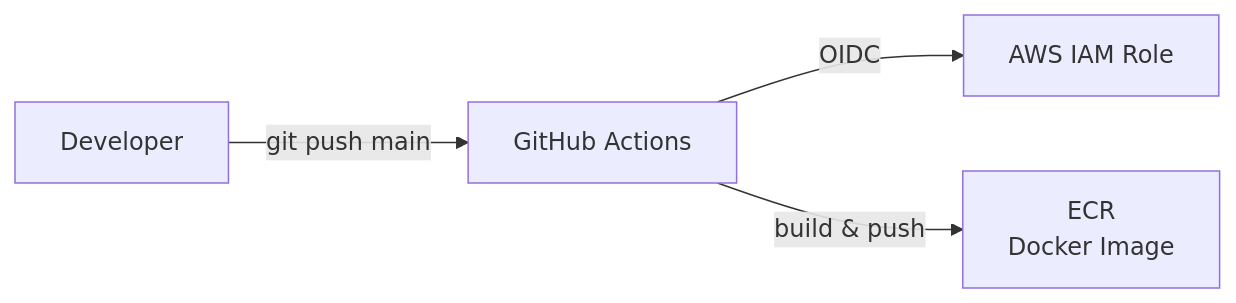
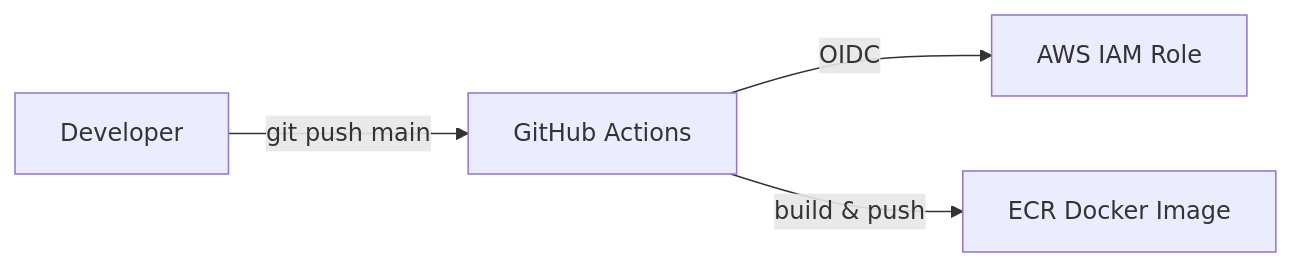
The second of 3 diagrams in README.md (junjun491/otayori_app), drawn with Mermaid before and after one commit. The commit also changed other lines of this file, not shown here.

````diff
--- a/README.md
+++ b/README.md
@@ -160,6 +160,6 @@
 ```mermaid
 flowchart LR
   Dev[Developer] -->|git push main| GH[GitHub Actions]
   GH -->|OIDC| IAM[AWS IAM Role]
-  GH -->|build & push| ECR[ECR<br/>Docker Image]
+  GH -->|build & push| ECR[ECR Docker Image]
 ```
````
